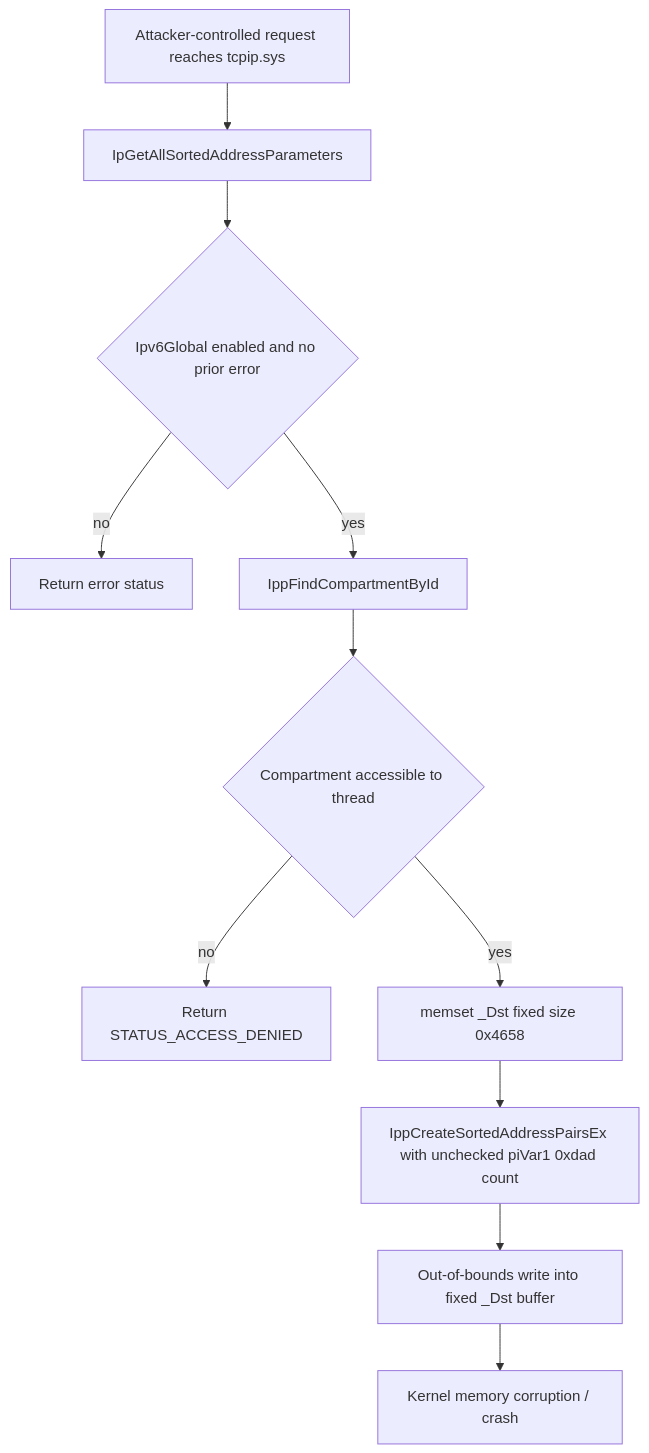
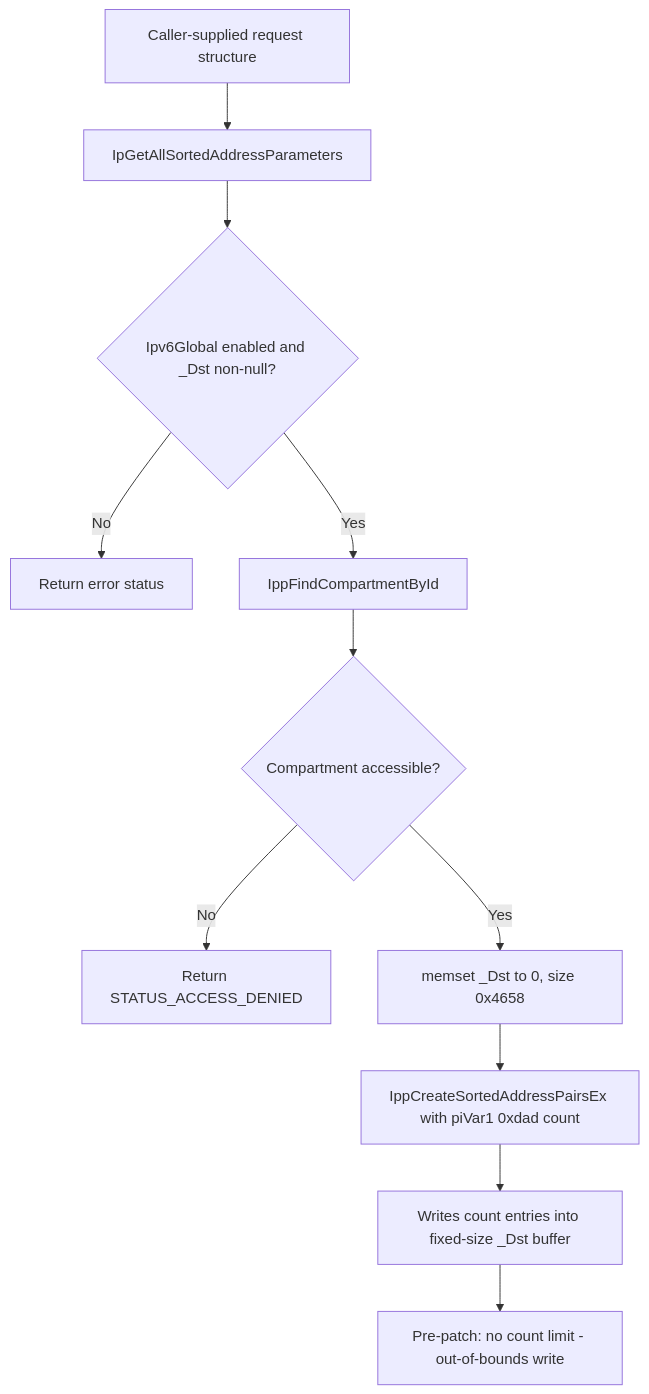
Before and after one commit to ghostbyt3/nday-automation-ai: the diagram in nday_research_reports/2026-Jul/CVE-2026-49177_tcpip.sys_analysis.md, drawn with Mermaid. The commit also changed other lines of this file, not shown here.

````diff
--- a/nday_research_reports/2026-Jul/CVE-2026-49177_tcpip.sys_analysis.md
+++ b/nday_research_reports/2026-Jul/CVE-2026-49177_tcpip.sys_analysis.md
@@ -192,13 +225,13 @@
 ```mermaid
 graph TD
-    A["Attacker-controlled request reaches tcpip.sys"] --> B["IpGetAllSortedAddressParameters"]
-    B --> C{"Ipv6Global enabled and no prior error"}
-    C -- no --> Z["Return error status"]
-    C -- yes --> D["IppFindCompartmentById"]
-    D --> E{"Compartment accessible to thread"}
-    E -- no --> Y["Return STATUS_ACCESS_DENIED"]
-    E -- yes --> F["memset _Dst fixed size 0x4658"]
-    F --> G["IppCreateSortedAddressPairsEx with unchecked piVar1 0xdad count"]
-    G --> H["Out-of-bounds write into fixed _Dst buffer"]
-    H --> I["Kernel memory corruption / crash"]
+    A["Caller-supplied request structure"] --> B["IpGetAllSortedAddressParameters"]
+    B --> C{"Ipv6Global enabled and _Dst non-null?"}
+    C -- No --> D["Return error status"]
+    C -- Yes --> E["IppFindCompartmentById"]
+    E --> F{"Compartment accessible?"}
+    F -- No --> G["Return STATUS_ACCESS_DENIED"]
+    F -- Yes --> H["memset _Dst to 0, size 0x4658"]
+    H --> I["IppCreateSortedAddressPairsEx with piVar1 0xdad count"]
+    I --> J["Writes count entries into fixed-size _Dst buffer"]
+    J --> K["Pre-patch: no count limit - out-of-bounds write"]
 ```
````
